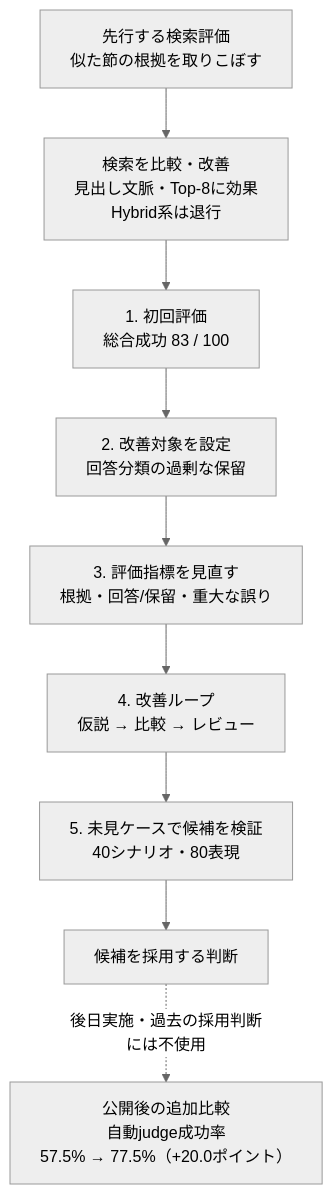
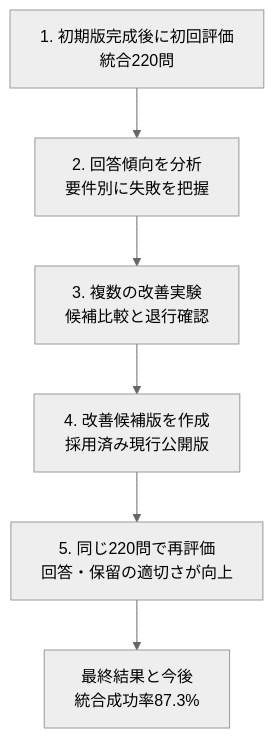
One commit to toko1970/municipal-rag-assistant changed the second of 2 diagrams in README.md. Above: the diagram before and after it, drawn with Mermaid (neutral theme). The commit also changed other lines of this file and 12 other files, not shown here.

````diff
--- a/README.md
+++ b/README.md
@@ -70,15 +70,11 @@
 ```mermaid
 %%{init: {"flowchart": {"wrappingWidth": 300, "minNodeWidth": 260}}}%%
 flowchart TD
-    S[先行する検索評価<br/>似た節の根拠を取りこぼす]
-    T[検索を比較・改善<br/>見出し文脈・Top-8に効果<br/>Hybrid系は退行]
-    A[1. 初回評価<br/>総合成功 83 / 100]
-    B[2. 改善対象を設定<br/>回答分類の過剰な保留]
-    C[3. 評価指標を見直す<br/>根拠・回答/保留・重大な誤り]
-    D[4. 改善ループ<br/>仮説 → 比較 → レビュー]
-    E[5. 未見ケースで候補を検証<br/>40シナリオ・80表現]
-    F[候補を採用する判断]
-    G[公開後の追加比較<br/>自動judge成功率<br/>57.5% → 77.5%（+20.0ポイント）]
-    S --> T --> A --> B --> C --> D --> E --> F
-    F -. 後日実施・過去の採用判断には不使用 .-> G
+    A[1. 初期版完成後に初回評価<br/>統合220問]
+    B[2. 回答傾向を分析<br/>要件別に失敗を把握]
+    C[3. 複数の改善実験<br/>候補比較と退行確認]
+    D[4. 改善候補版を作成<br/>採用済み現行公開版]
+    E[5. 同じ220問で再評価<br/>回答・保留の適切さが向上]
+    F[最終結果と今後<br/>統合成功率87.3%]
+    A --> B --> C --> D --> E --> F
 ```
````
